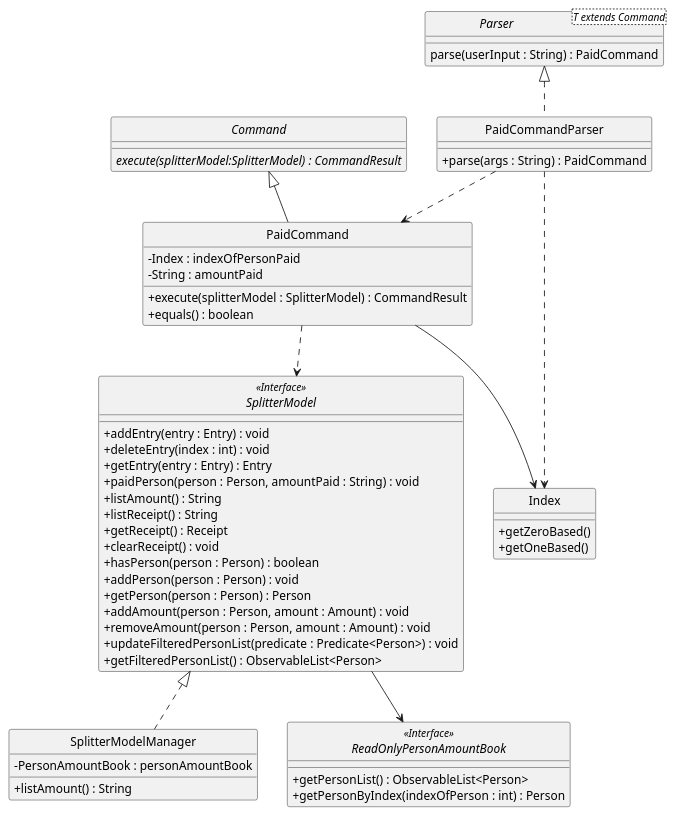
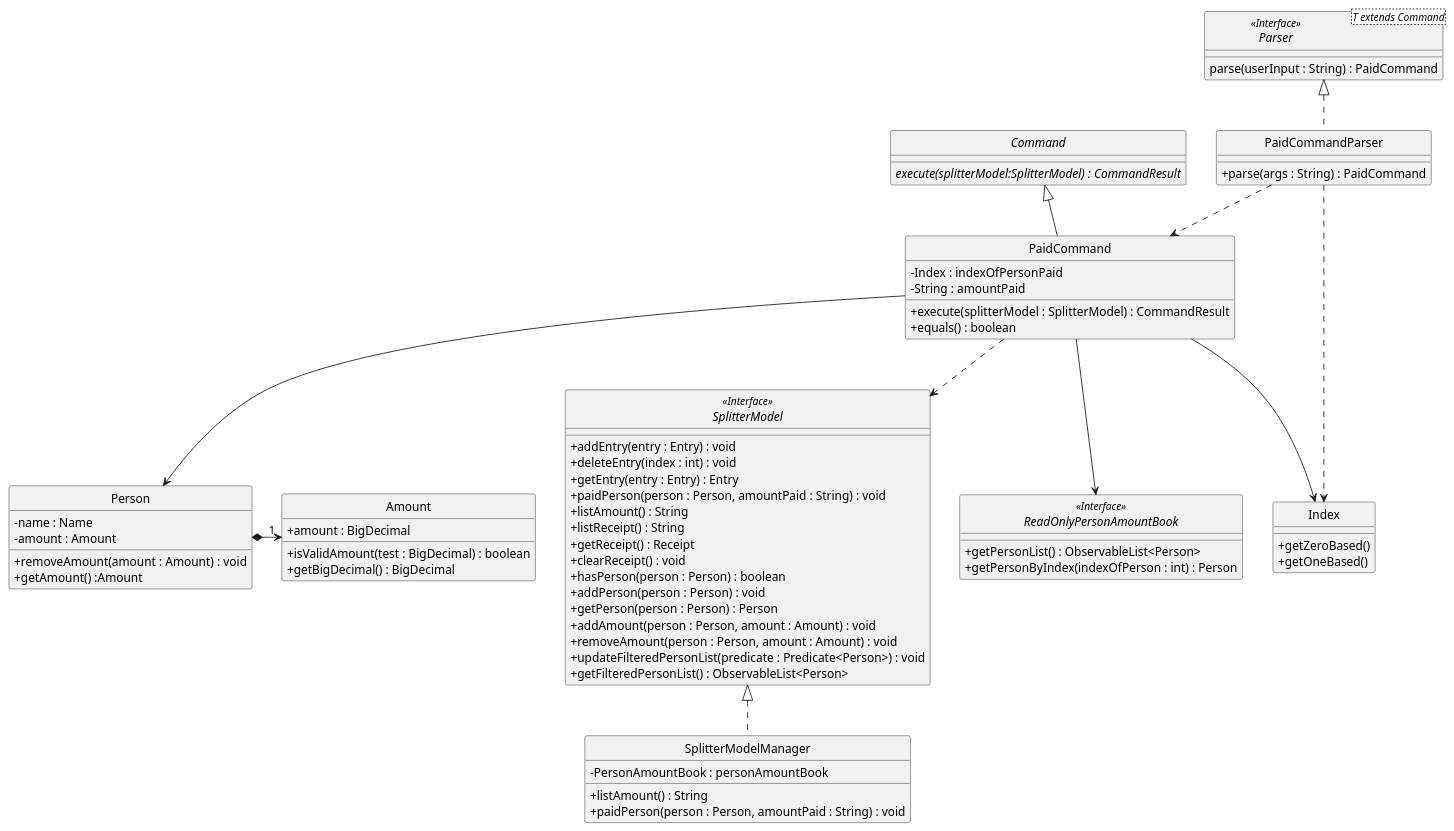
Before and after one commit to nus-cs2103-AY1920S2/addressbook-level3: the diagram in docs/diagrams/ExpenseSplitterPaidCommandClassDiagram.puml, drawn with PlantUML. The commit also changed 1 other file, not shown here.

Commit message:
update paidcommand class diagram

```diff
--- a/docs/diagrams/ExpenseSplitterPaidCommandClassDiagram.puml
+++ b/docs/diagrams/ExpenseSplitterPaidCommandClassDiagram.puml
@@ -1,85 +1,106 @@
 @startuml
 /' @author @WillySeahh'/
 /' Got inspiration and adapted
 from https://github.com/AY1920S2-CS2103T-W12-1/main/blob/master/docs/images/DeliveredClassDiagram.png '/
 
 skinparam backgroundColor #ffffff
 skinparam classAttributeIconSize 0
 hide circle
 
 class PaidCommandParser implements Parser {
     /' Methods '/
     + parse(args : String) : PaidCommand
 }
 
-interface Parser<T extends Command> {
+interface Parser<T extends Command> <<Interface>> {
     parse(userInput : String) : PaidCommand
 }
 
 abstract class Command {
     {abstract} execute(splitterModel:SplitterModel) : CommandResult
 }
 
 class PaidCommand extends Command {
     /' Fields '/
     - Index : indexOfPersonPaid
     - String : amountPaid
 
     /' Methods '/
     + execute(splitterModel : SplitterModel) : CommandResult
     + equals() : boolean
 }
 
 interface SplitterModel <<Interface>> {
     + addEntry(entry : Entry) : void
     + deleteEntry(index : int) : void
     + getEntry(entry : Entry) : Entry
     + paidPerson(person : Person, amountPaid : String) : void
     + listAmount() : String
     + listReceipt() : String
     + getReceipt() : Receipt
     + clearReceipt() : void
     + hasPerson(person : Person) : boolean
     + addPerson(person : Person) : void
     + getPerson(person : Person) : Person
     + addAmount(person : Person, amount : Amount) : void
     + removeAmount(person : Person, amount : Amount) : void
     + updateFilteredPersonList(predicate : Predicate<Person>) : void
     + getFilteredPersonList() : ObservableList<Person>
 
 }
 
 class Index {
     + getZeroBased()
     + getOneBased()
 }
 
 
 
 class SplitterModelManager implements SplitterModel {
     /' Fields '/
     - PersonAmountBook : personAmountBook
 
     /' Methods '/
     + listAmount() : String
+    + paidPerson(person : Person, amountPaid : String) : void
 }
 
 interface ReadOnlyPersonAmountBook <<Interface>> {
 
         + getPersonList() : ObservableList<Person>
         + getPersonByIndex(indexOfPerson : int) : Person
 
+}
 
+class Person {
+     /' Fields '/
+     - name : Name
+     - amount : Amount
+
+     /' Methods '/
+     + removeAmount(amount : Amount) : void
+     + getAmount() :Amount
+}
+
+class Amount{
+    /' Fields '/
+    + amount : BigDecimal
+
+    /' Methods '/
+    + isValidAmount(test : BigDecimal) : boolean
+    + getBigDecimal() : BigDecimal
 }
 
 
 
 
 PaidCommandParser ..> PaidCommand
 PaidCommand ..> SplitterModel
 PaidCommandParser ..> Index
 PaidCommand --> Index
-SplitterModel --> ReadOnlyPersonAmountBook
+PaidCommand --> ReadOnlyPersonAmountBook
+PaidCommand --> Person
+Person *-right->"1" Amount
 
 
 @enduml
```
